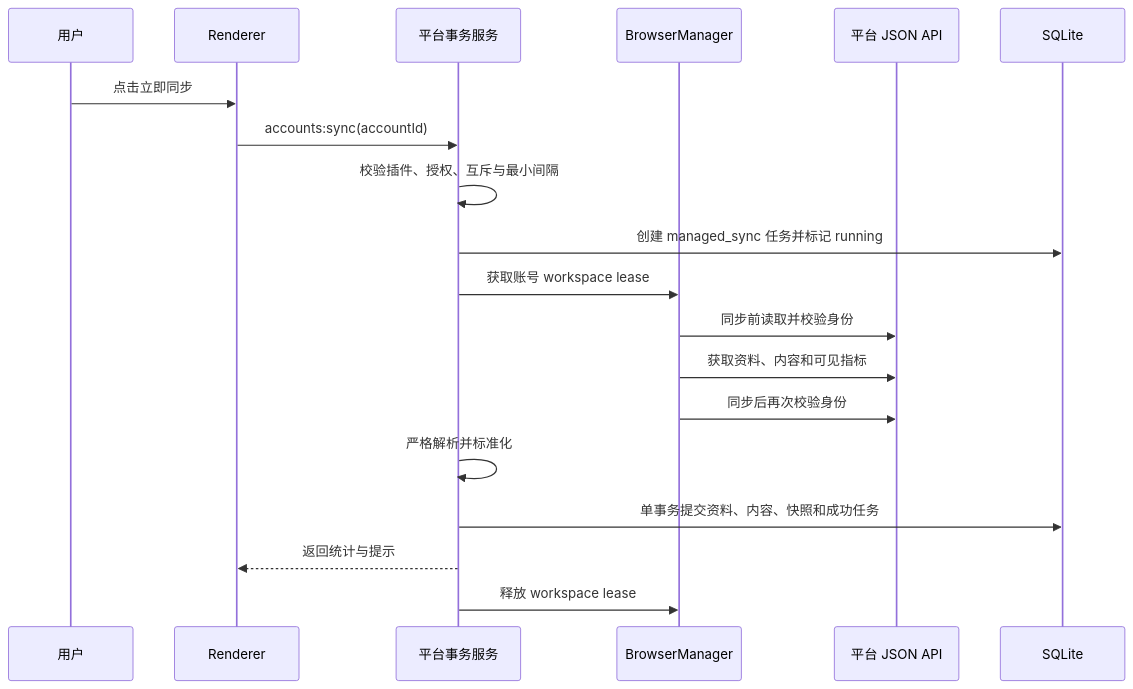
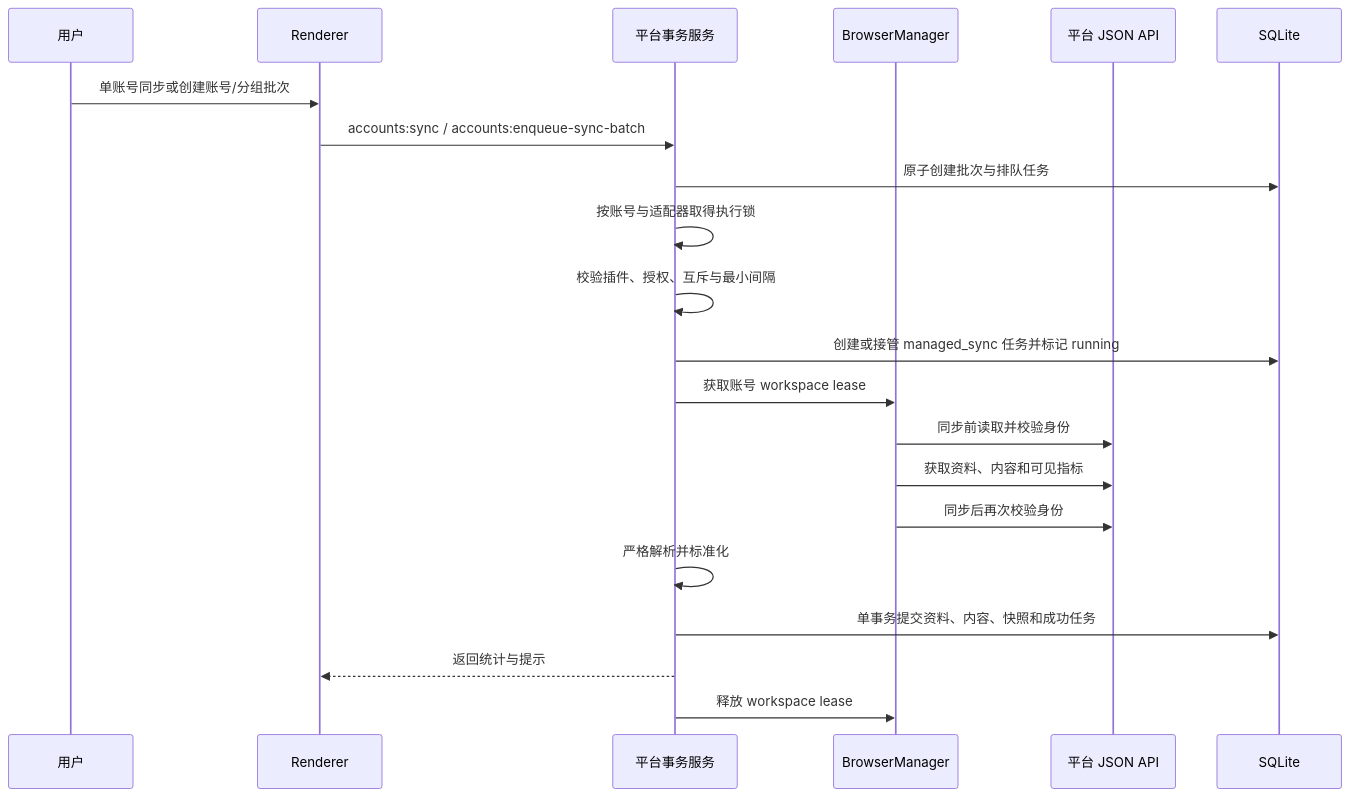
The second of 2 diagrams in docs/architecture.md (nzmxd/streamfold), drawn with Mermaid before and after one commit. The commit also changed other lines of this file and 48 other files, not shown here.

Commit message:
feat: add task center and batch sync

````diff
--- a/docs/architecture.md
+++ b/docs/architecture.md
@@ -100,21 +100,23 @@
 ```mermaid
 sequenceDiagram
     participant U as 用户
     participant R as Renderer
     participant S as 平台事务服务
     participant B as BrowserManager
     participant P as 平台 JSON API
     participant D as SQLite
-    U->>R: 点击立即同步
-    R->>S: accounts:sync(accountId)
+    U->>R: 单账号同步或创建账号/分组批次
+    R->>S: accounts:sync / accounts:enqueue-sync-batch
+    S->>D: 原子创建批次与排队任务
+    S->>S: 按账号与适配器取得执行锁
     S->>S: 校验插件、授权、互斥与最小间隔
-    S->>D: 创建 managed_sync 任务并标记 running
+    S->>D: 创建或接管 managed_sync 任务并标记 running
     S->>B: 获取账号 workspace lease
     B->>P: 同步前读取并校验身份
     B->>P: 获取资料、内容和可见指标
     B->>P: 同步后再次校验身份
     S->>S: 严格解析并标准化
     S->>D: 单事务提交资料、内容、快照和成功任务
     S-->>R: 返回统计与提示
     S->>B: 释放 workspace lease
 ```
````
